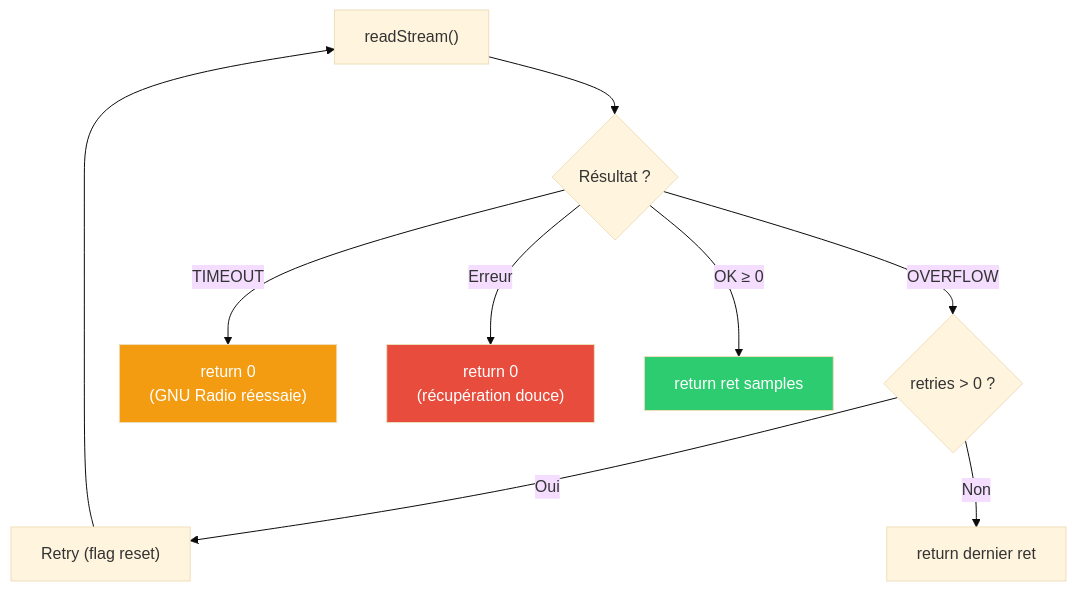
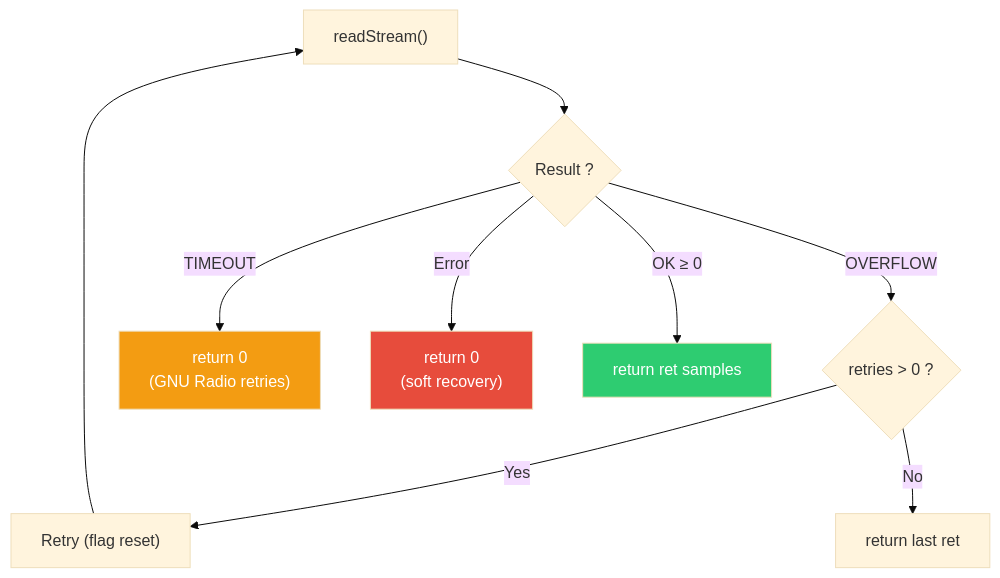
Before and after one commit to f4tnk/gr-osmosdr: the ninth of 15 diagrams in OPTIMIZATION-F4TNK.md, drawn with Mermaid (base theme). The commit also changed other lines of this file, not shown here.

````diff
--- a/OPTIMIZATION-F4TNK.md
+++ b/OPTIMIZATION-F4TNK.md
@@ -207,15 +207,15 @@
 ```mermaid
 flowchart TD
-    A["readStream()"] --> B{"Résultat ?"}
+    A["readStream()"] --> B{"Result ?"}
     B -->|OVERFLOW| C{"retries > 0 ?"}
-    C -->|Oui| D["Retry (flag reset)"]
+    C -->|Yes| D["Retry (flag reset)"]
     D --> A
-    C -->|Non| E["return dernier ret"]
-    B -->|TIMEOUT| F["return 0<br/>(GNU Radio réessaie)"]
-    B -->|Erreur| G["return 0<br/>(récupération douce)"]
+    C -->|No| E["return last ret"]
+    B -->|TIMEOUT| F["return 0<br/>(GNU Radio retries)"]
+    B -->|Error| G["return 0<br/>(soft recovery)"]
     B -->|OK ≥ 0| H["return ret samples"]
 
     style H fill:#2ecc71,color:#fff
     style F fill:#f39c12,color:#fff
     style G fill:#e74c3c,color:#fff
 ```
````
